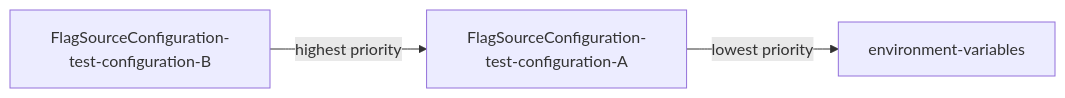
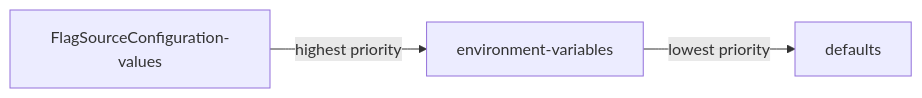
One commit to open-feature/open-feature-operator changed the diagram in docs/flag_source_configuration.md. Above: the diagram before and after it, drawn with Mermaid. The commit also changed other lines of this file, not shown here.

````diff
--- a/docs/flag_source_configuration.md
+++ b/docs/flag_source_configuration.md
@@ -102,4 +69,4 @@
 ```mermaid
 flowchart LR
-    FlagSourceConfiguration-test-configuration-B  -->|highest priority| FlagSourceConfiguration-test-configuration-A -->|lowest priority| environment-variables
+    FlagSourceConfiguration-values  -->|highest priority| environment-variables -->|lowest priority| defaults
 ```
````
